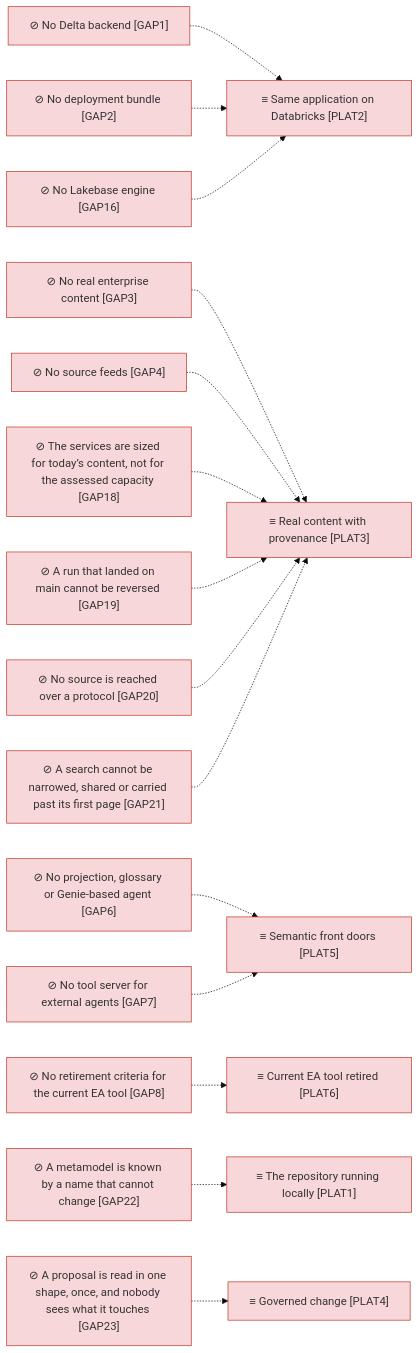
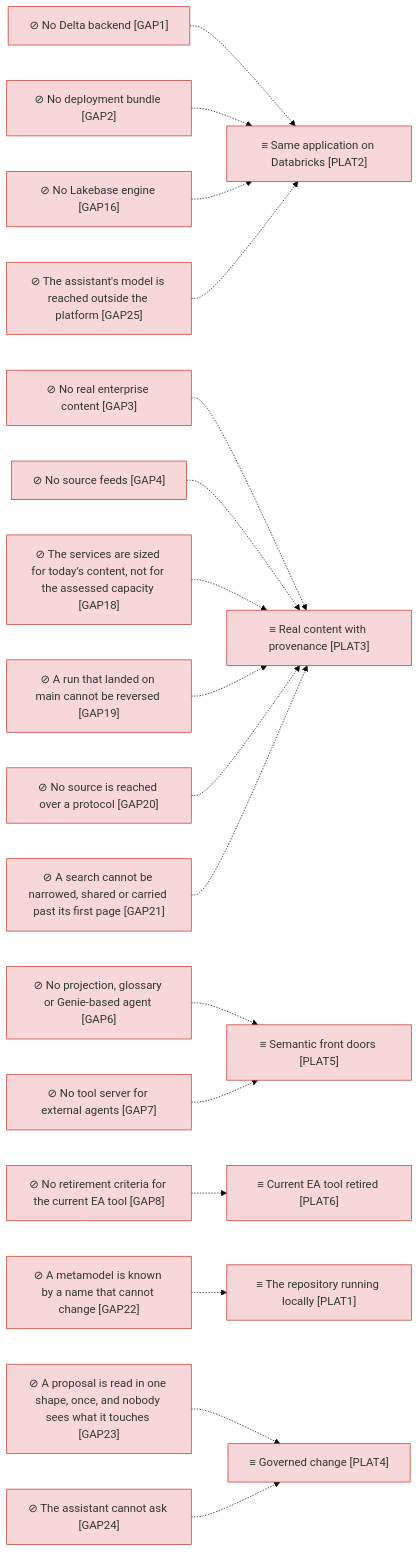
The third of 4 diagrams in architecture/6_transition/1_target-state.md (roanboc/dbx-enterprise-architecture), drawn with Mermaid (base theme) before and after one commit. The commit also changed other lines of this file and 8 other files, not shown here.

First line of the commit message:
docs(architecture): initiative 23 drafted for Understanding — proposals refined in conversation

````diff
--- a/architecture/6_transition/1_target-state.md
+++ b/architecture/6_transition/1_target-state.md
@@ -62,39 +63,43 @@
 ```mermaid
 flowchart LR
   p1["≡ The repository running locally [PLAT1]"]:::implementation
   p2["≡ Same application on Databricks [PLAT2]"]:::implementation
   p3["≡ Real content with provenance [PLAT3]"]:::implementation
   p5["≡ Semantic front doors [PLAT5]"]:::implementation
   p6["≡ Current EA tool retired [PLAT6]"]:::implementation
   g1["⊘ No Delta backend [GAP1]"]:::implementation
   g2["⊘ No deployment bundle [GAP2]"]:::implementation
   g16["⊘ No Lakebase engine [GAP16]"]:::implementation
   g3["⊘ No real enterprise content [GAP3]"]:::implementation
   g4["⊘ No source feeds [GAP4]"]:::implementation
   g6["⊘ No projection, glossary or Genie-based agent [GAP6]"]:::implementation
   g7["⊘ No tool server for external agents [GAP7]"]:::implementation
   g8["⊘ No retirement criteria for the current EA tool [GAP8]"]:::implementation
   g18["⊘ The services are sized for today’s content, not for the assessed capacity [GAP18]"]:::implementation
   g19["⊘ A run that landed on main cannot be reversed [GAP19]"]:::implementation
   g20["⊘ No source is reached over a protocol [GAP20]"]:::implementation
   g21["⊘ A search cannot be narrowed, shared or carried past its first page [GAP21]"]:::implementation
   g22["⊘ A metamodel is known by a name that cannot change [GAP22]"]:::implementation
   g23["⊘ A proposal is read in one shape, once, and nobody sees what it touches [GAP23]"]:::implementation
+  g24["⊘ The assistant cannot ask [GAP24]"]:::implementation
+  g25["⊘ The assistant's model is reached outside the platform [GAP25]"]:::implementation
   p4["≡ Governed change [PLAT4]"]:::implementation
   g1 -.-> p2
   g2 -.-> p2
   g16 -.-> p2
   g3 -.-> p3
   g4 -.-> p3
   g6 -.-> p5
   g7 -.-> p5
   g8 -.-> p6
   g18 -.-> p3
   g19 -.-> p3
   g20 -.-> p3
   g21 -.-> p3
   g22 -.-> p1
   g23 -.-> p4
+  g24 -.-> p4
+  g25 -.-> p2
 
   classDef implementation fill:#f8d7da,stroke:#c0392b,color:#333
 ```
````
